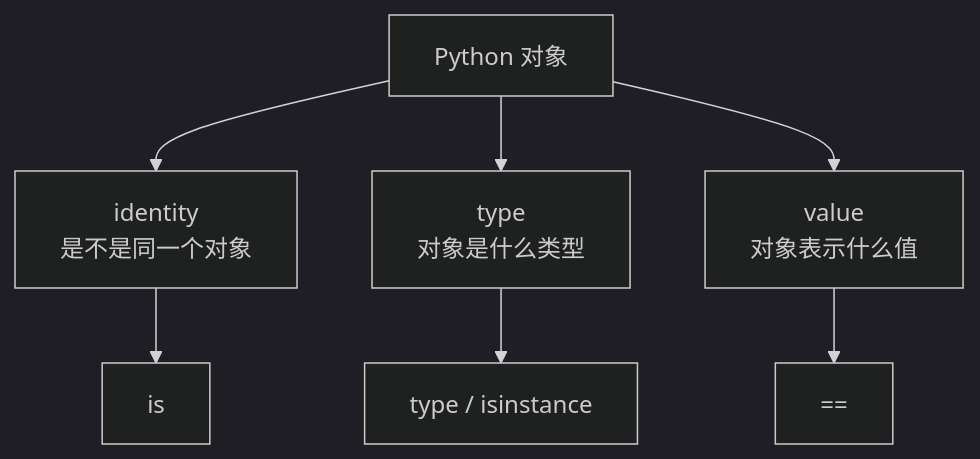
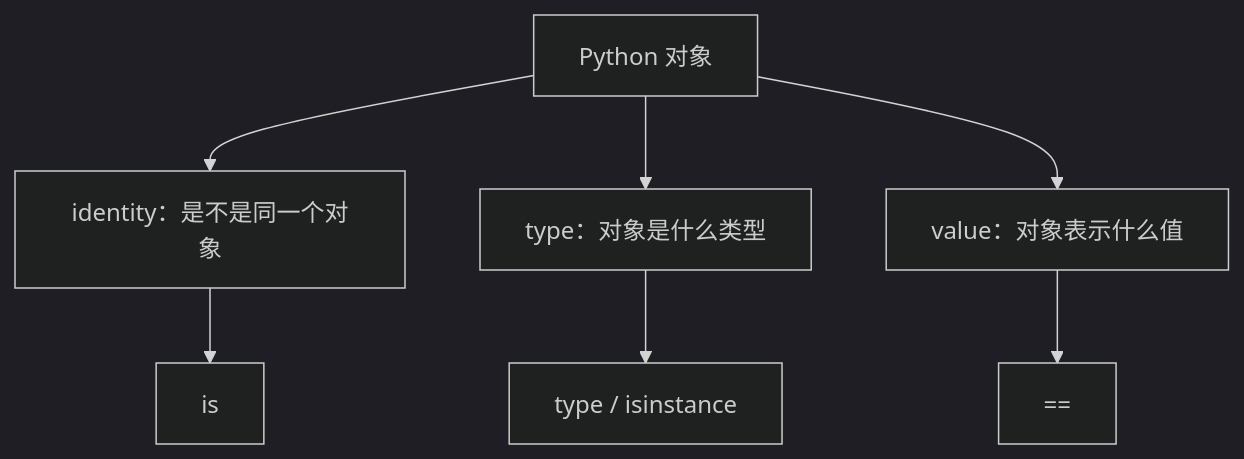
One commit to studyzhige-ui/python-interview-handbook changed the second of 3 diagrams in review/01-python基础与对象模型-图解与自测.md. Above: the diagram before and after it, drawn with Mermaid (dark theme). The commit also changed other lines of this file and 11 other files, not shown here.

First line of the commit message:
fix: repair Mermaid rendering across review chapters

````diff
--- a/review/01-python基础与对象模型-图解与自测.md
+++ b/review/01-python基础与对象模型-图解与自测.md
@@ -19,9 +19,9 @@
 ```mermaid
 flowchart TD
-    O[Python 对象] --> I[identity<br/>是不是同一个对象]
-    O --> T[type<br/>对象是什么类型]
-    O --> V[value<br/>对象表示什么值]
-    I --> IS[is]
-    T --> TYPE[type / isinstance]
-    V --> EQ[==]
+    O["Python 对象"] --> I["identity：是不是同一个对象"]
+    O --> T["type：对象是什么类型"]
+    O --> V["value：对象表示什么值"]
+    I --> IS["is"]
+    T --> TYPE["type / isinstance"]
+    V --> EQ["=="]
 ```
````
